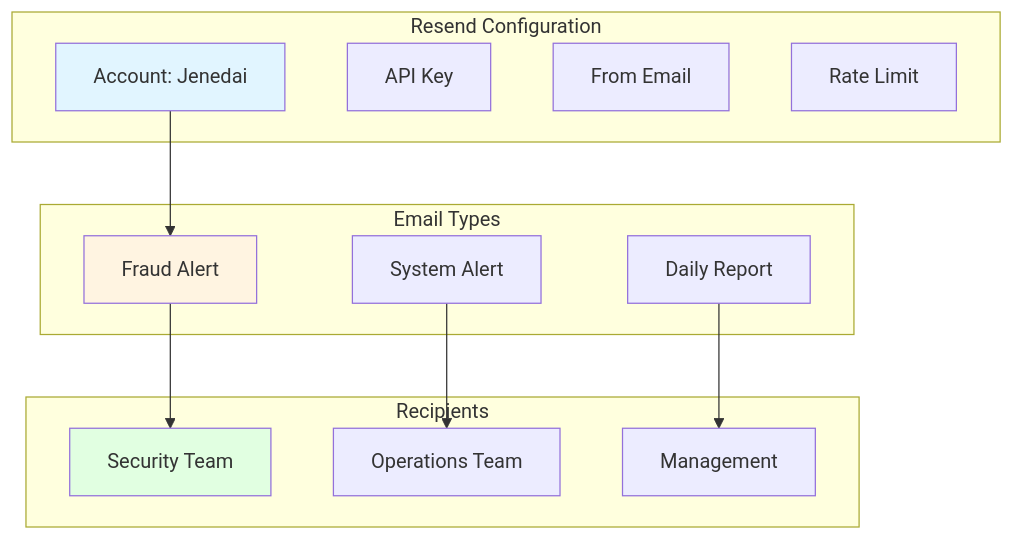
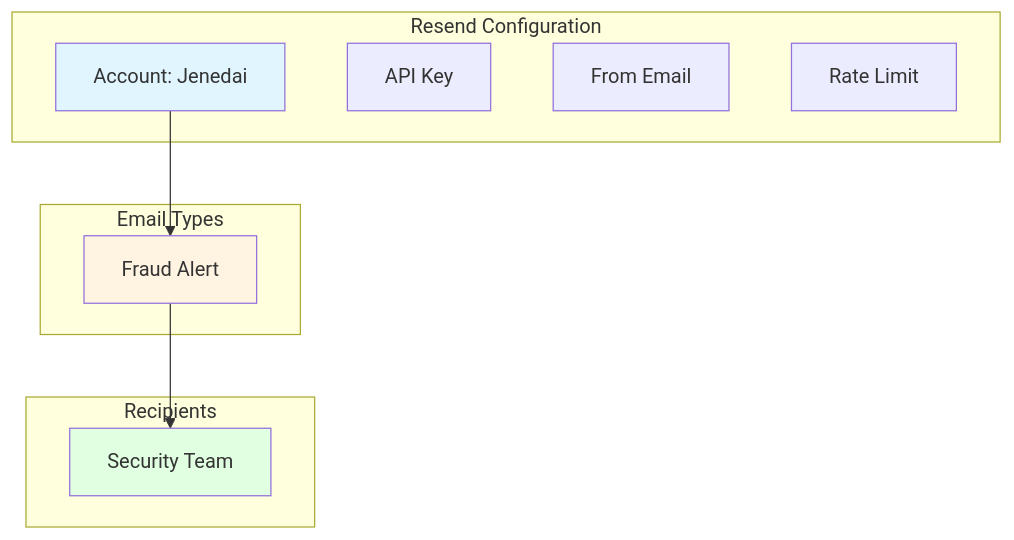
One commit to jefraudai/jefraudai changed diagram 11 of 16 in Services/docsify/docs/deployment.md. Above: the diagram before and after it, drawn with Mermaid. The commit also changed other lines of this file and 4 other files, not shown here.

Commit message:
Documentation - Remove duplicated schema

````diff
--- a/Services/docsify/docs/deployment.md
+++ b/Services/docsify/docs/deployment.md
@@ -386,30 +380,24 @@
 ```mermaid
 graph TD
     subgraph "Resend Configuration"
         RC1[Account: Jenedai]
         RC2[API Key]
         RC3[From Email]
         RC4[Rate Limit]
     end
     
     subgraph "Email Types"
         ET1[Fraud Alert]
-        ET2[System Alert]
-        ET3[Daily Report]
     end
     
     subgraph "Recipients"
         RE1[Security Team]
-        RE2[Operations Team]
-        RE3[Management]
     end
     
     RC1 --> ET1
     ET1 --> RE1
-    ET2 --> RE2
-    ET3 --> RE3
     
     style RC1 fill:#e1f5ff
     style ET1 fill:#fff4e1
     style RE1 fill:#e1ffe1
 ```
````
